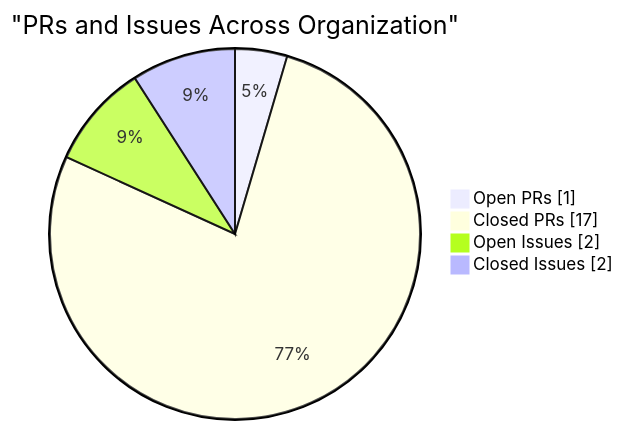
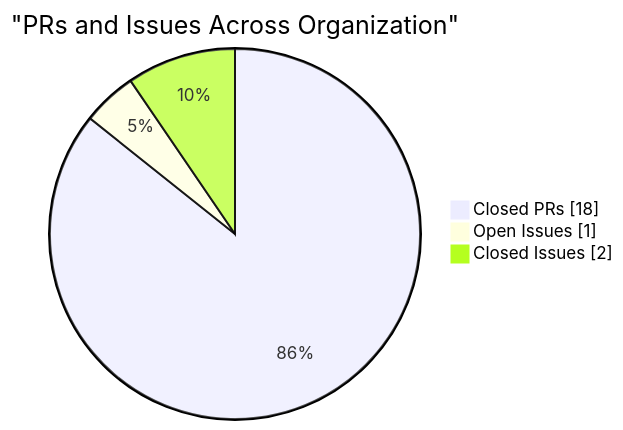
One commit to CSTH-Projects/.github changed the fourth of 4 diagrams in profile/README.md. Above: the diagram before and after it, drawn with Mermaid. The commit also changed other lines of this file, not shown here.

````diff
--- a/profile/README.md
+++ b/profile/README.md
@@ -97,8 +97,7 @@
 ```mermaid
 pie showData
     title "PRs and Issues Across Organization"
-    "Open PRs" : 1
-    "Closed PRs" : 17
-    "Open Issues" : 2
+    "Closed PRs" : 18
+    "Open Issues" : 1
     "Closed Issues" : 2
 ```
````
